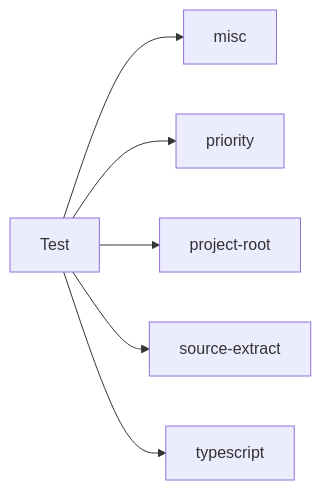
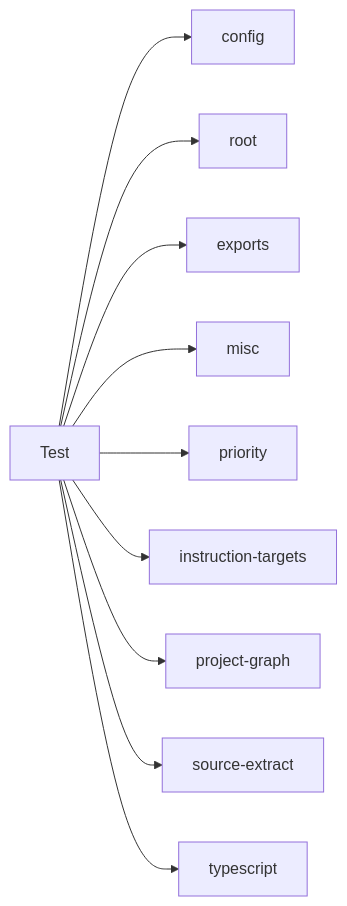
One commit to hellhellpnick/context-graph changed the diagram in .cursor/rules/ctxgraph--test-bundle.mdc. Above: the diagram before and after it, drawn with Mermaid. The commit also changed other lines of this file and 200 other files, not shown here.

````diff
--- a/.cursor/rules/ctxgraph--test-bundle.mdc
+++ b/.cursor/rules/ctxgraph--test-bundle.mdc
@@ -18,9 +20,13 @@
 ```mermaid
 graph LR
   Test[Test]
+  Test --> config[config]
+  Test --> root[root]
+  Test --> exports[exports]
   Test --> misc[misc]
   Test --> priority[priority]
-  Test --> project_root[project-root]
+  Test --> instruction_targets[instruction-targets]
+  Test --> project_graph[project-graph]
   Test --> source_extract[source-extract]
   Test --> typescript["typescript"]
 ```
````
